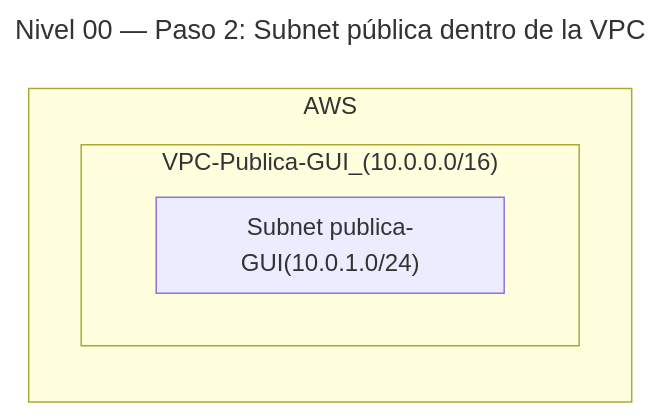
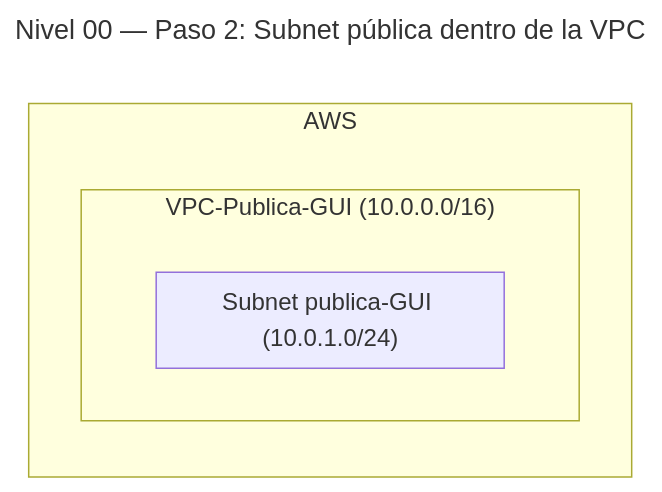
Before and after one commit to Marcos-SA-git/AWS-Certifications: the third of 8 diagrams in SAA-C03/es/Prácticas/🥉Fácil/Nivel-00.md, drawn with Mermaid. The commit also changed other lines of this file, not shown here.

Commit message:
Correction on mermaid schemes

````diff
--- a/SAA-C03/es/Prácticas/🥉Fácil/Nivel-00.md
+++ b/SAA-C03/es/Prácticas/🥉Fácil/Nivel-00.md
@@ -88,12 +88,16 @@
 ```mermaid
 ---
 title: "Nivel 00 — Paso 2: Subnet pública dentro de la VPC"
+config:
+  flowchart:
+    subGraphTitleMargin:
+      bottom: 20
 ---
 graph BT
 subgraph AWS[AWS]
-  subgraph VPC["VPC-Publica-GUI_(10.0.0.0/16)"]
-    subgraph SUB["Subnet publica-GUI(10.0.1.0/24)"]
+  subgraph VPC["VPC-Publica-GUI (10.0.0.0/16)"]
+    subgraph SUB["Subnet publica-GUI (10.0.1.0/24)"]
     end
   end
 end
 ```
````
